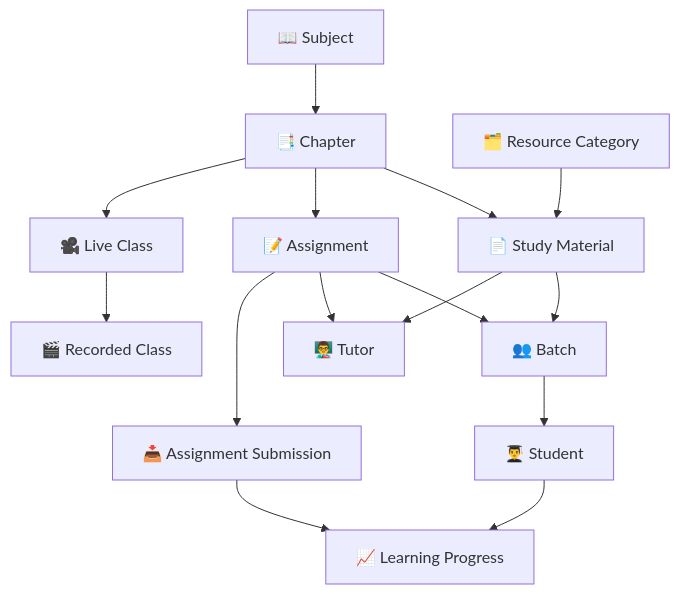
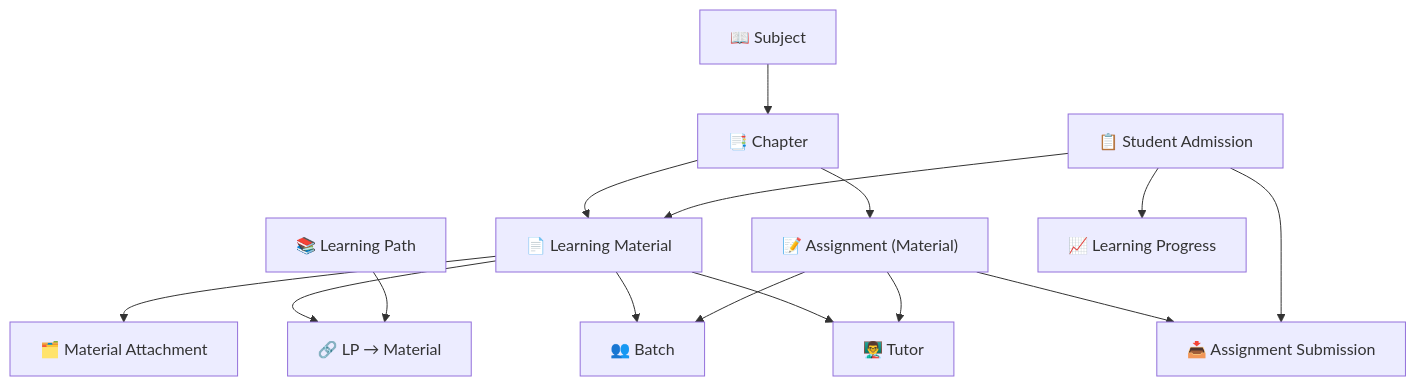
Before and after one commit to JOYJK348/NEET-SAAS: the diagram in docs/architecture/erd/04-learning.md, drawn with Mermaid. The commit also changed other lines of this file and 72 other files, not shown here.

````diff
--- a/docs/architecture/erd/04-learning.md
+++ b/docs/architecture/erd/04-learning.md
@@ -85,43 +82,40 @@
 ```mermaid
 flowchart TD
 
     SUB["📖 Subject"]
     CH["📑 Chapter"]
 
-    SM["📄 Study Material"]
-    RC["🗂️ Resource Category"]
+    LM["📄 Learning Material"]
+    ATTACH["🗂️ Material Attachment"]
+    LPATH["📚 Learning Path"]
+    LPATHM["🔗 LP → Material"]
 
-    ASSIGN["📝 Assignment"]
+    ASSIGN["📝 Assignment (Material)"]
     SUBMISSION["📥 Assignment Submission"]
 
-    LP["📈 Learning Progress"]
+    LPROG["📈 Learning Progress"]
 
     BATCH["👥 Batch"]
-    STUDENT["👨‍🎓 Student"]
+    ADMISSION["📋 Student Admission"]
     TUTOR["👨‍🏫 Tutor"]
-
-    LIVE["🎥 Live Class"]
-    RECORD["🎬 Recorded Class"]
 
     SUB --> CH
 
-    CH --> SM
+    CH --> LM
     CH --> ASSIGN
-    CH --> LIVE
 
-    RC --> SM
+    LM --> ATTACH
+    LM --> LPATHM
+    LPATH --> LPATHM
 
-    SM --> BATCH
-    SM --> TUTOR
+    LM --> BATCH
+    LM --> TUTOR
 
     ASSIGN --> BATCH
     ASSIGN --> TUTOR
     ASSIGN --> SUBMISSION
 
-    BATCH --> STUDENT
-
-    STUDENT --> LP
-    SUBMISSION --> LP
-
-    LIVE --> RECORD
+    ADMISSION --> LPROG
+    ADMISSION --> SUBMISSION
+    ADMISSION --> LM
 ```
````
